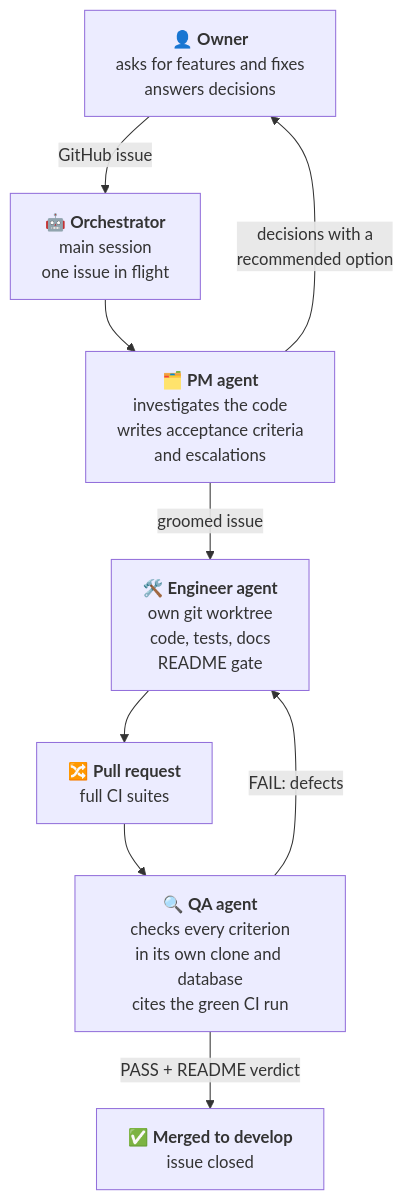
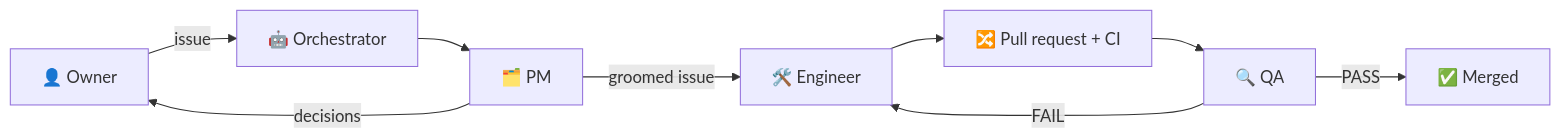
Before and after one commit to JaimeSolisS/classora: the third of 3 diagrams in README.md, drawn with Mermaid. The commit also changed other lines of this file and 19 other files, not shown here.

````diff
--- a/README.md
+++ b/README.md
@@ -1441,18 +223,10 @@
 ```mermaid
-flowchart TB
-  owner["👤 <b>Owner</b><br/>asks for features and fixes<br/>answers decisions"]
-  orch["🤖 <b>Orchestrator</b><br/>main session<br/>one issue in flight"]
-  pm["🗂️ <b>PM agent</b><br/>investigates the code<br/>writes acceptance criteria<br/>and escalations"]
-  eng["🛠️ <b>Engineer agent</b><br/>own git worktree<br/>code, tests, docs<br/>README gate"]
-  pr["🔀 <b>Pull request</b><br/>full CI suites"]
-  qa["🔍 <b>QA agent</b><br/>checks every criterion<br/>in its own clone and database<br/>cites the green CI run"]
-  merged["✅ <b>Merged to develop</b><br/>issue closed"]
-
-  owner -->|GitHub issue| orch
-  orch --> pm
-  pm -->|"decisions with a<br/>recommended option"| owner
-  pm -->|groomed issue| eng
-  eng --> pr --> qa
-  qa -->|"FAIL: defects"| eng
-  qa -->|"PASS + README verdict"| merged
+flowchart LR
+  owner["👤 Owner"] -->|issue| orch["🤖 Orchestrator"]
+  orch --> pm["🗂️ PM"]
+  pm -->|decisions| owner
+  pm -->|groomed issue| eng["🛠️ Engineer"]
+  eng --> pr["🔀 Pull request + CI"] --> qa["🔍 QA"]
+  qa -->|FAIL| eng
+  qa -->|PASS| merged["✅ Merged"]
 ```
````
